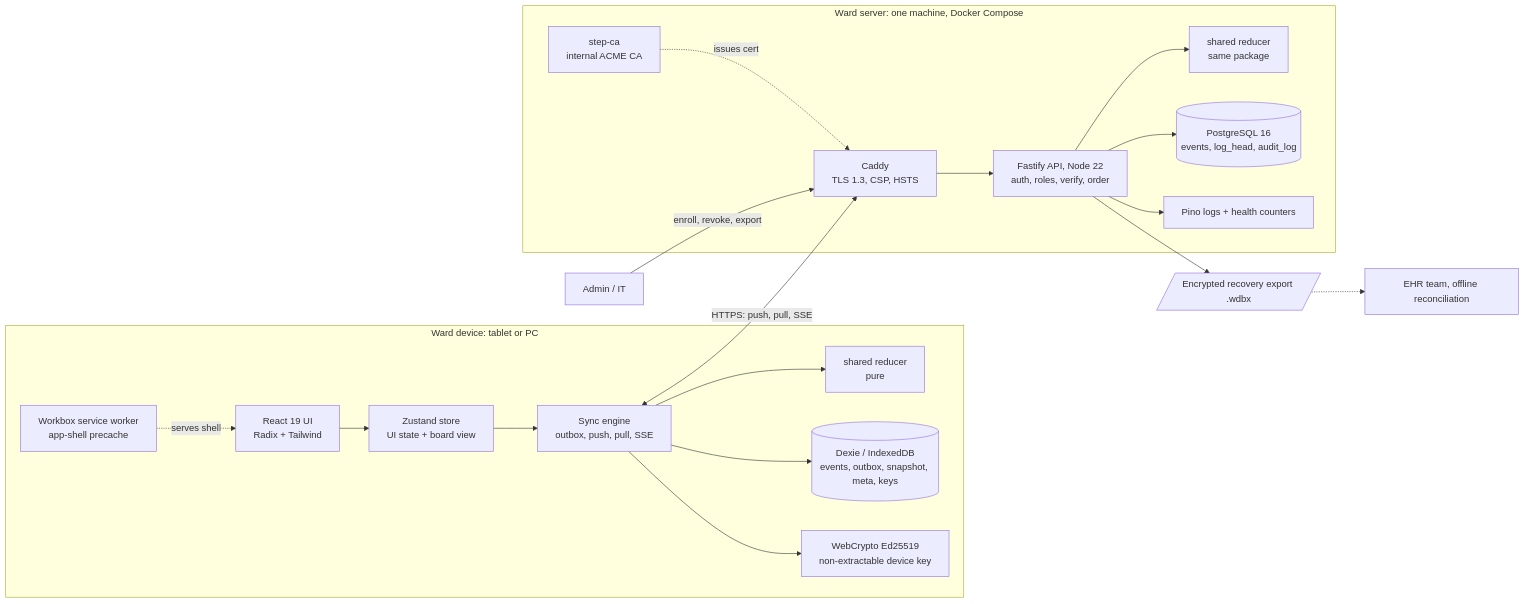
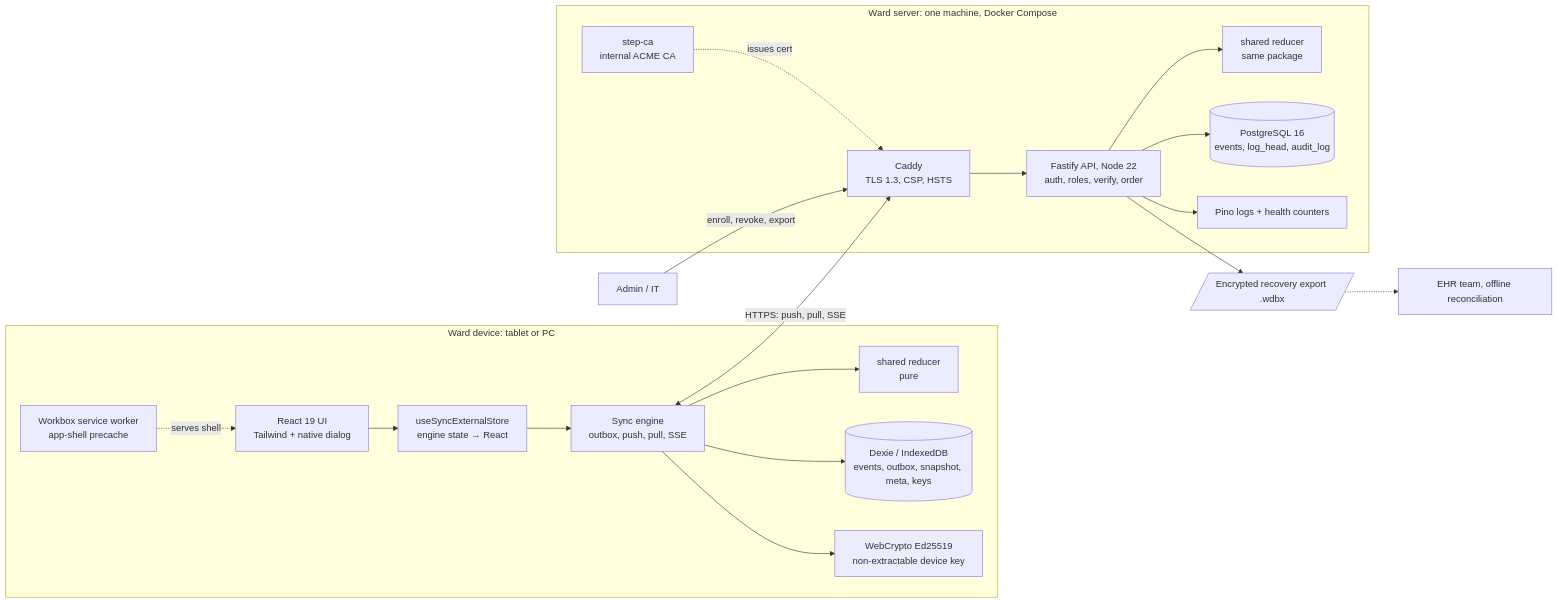
The first of 5 diagrams in design.md (5-Vighnesh-0/ward-downtime), drawn with Mermaid before and after one commit. The commit also changed other lines of this file and 35 other files, not shown here.

````diff
--- a/design.md
+++ b/design.md
@@ -129,37 +129,37 @@
 ```mermaid
 flowchart LR
   subgraph Device["Ward device: tablet or PC"]
-    UI["React 19 UI<br/>Radix + Tailwind"]
-    ZS["Zustand store<br/>UI state + board view"]
+    UI["React 19 UI<br/>Tailwind + native dialog"]
+    ZS["useSyncExternalStore<br/>engine state → React"]
     SE["Sync engine<br/>outbox, push, pull, SSE"]
     RD1["shared reducer<br/>pure"]
     DX[("Dexie / IndexedDB<br/>events, outbox, snapshot, meta, keys")]
     SW["Workbox service worker<br/>app-shell precache"]
     KEY["WebCrypto Ed25519<br/>non-extractable device key"]
     UI --> ZS
     ZS --> SE
     SE --> RD1
     SE --> DX
     SE --> KEY
     SW -.serves shell.-> UI
   end
 
   subgraph Server["Ward server: one machine, Docker Compose"]
     CADDY["Caddy<br/>TLS 1.3, CSP, HSTS"]
     API["Fastify API, Node 22<br/>auth, roles, verify, order"]
     RD2["shared reducer<br/>same package"]
     PG[("PostgreSQL 16<br/>events, log_head, audit_log")]
     CA["step-ca<br/>internal ACME CA"]
     OTEL["Pino logs + health counters"]
     CADDY --> API
     API --> RD2
     API --> PG
     API --> OTEL
     CA -.issues cert.-> CADDY
   end
 
   SE <-->|"HTTPS: push, pull, SSE"| CADDY
   ADMIN["Admin / IT"] -->|"enroll, revoke, export"| CADDY
   EXPORT[/"Encrypted recovery export .wdbx"/] -.-> EHR["EHR team, offline reconciliation"]
   API --> EXPORT
 ```
````
